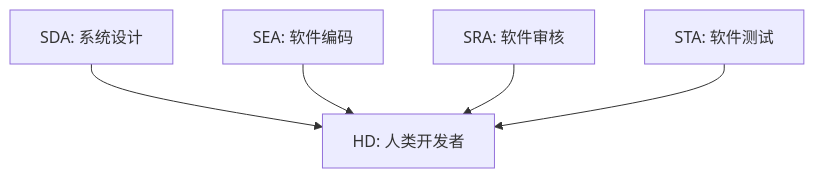
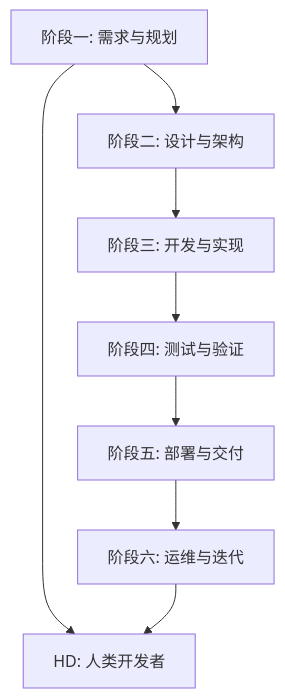
The first of 6 diagrams in README.md (winyeahs/opd), drawn with Mermaid before and after one commit. The commit also changed other lines of this file and 42 other files, not shown here.

````diff
--- a/README.md
+++ b/README.md
@@ -13,13 +15,14 @@
 ```mermaid
 graph TB
-    SDA[SDA: 系统设计]
-    SEA[SEA: 软件编码]
-    SRA[SRA: 软件审核]
-    STA[STA: 软件测试]
+    P1[阶段一: 需求与规划]
+    P2[阶段二: 设计与架构]
+    P3[阶段三: 开发与实现]
+    P4[阶段四: 测试与验证]
+    P5[阶段五: 部署与交付]
+    P6[阶段六: 运维与迭代]
     HD[HD: 人类开发者]
     
-    SDA --> HD
-    SEA --> HD
-    SRA --> HD
-    STA --> HD
+    P1 --> P2 --> P3 --> P4 --> P5 --> P6
+    P1 --> HD
+    P6 --> HD
 ```
````
